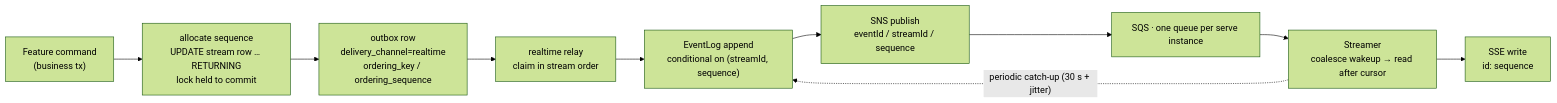
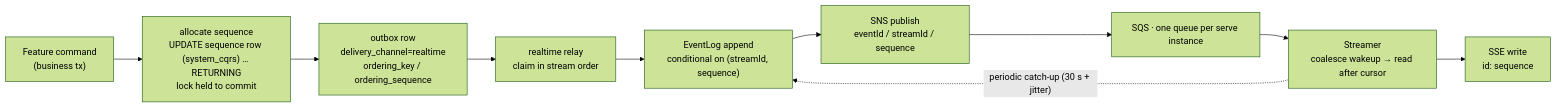
The first of 7 diagrams in docs/design/realtime-delivery.ja.md (Tomy-ch/go-boilerplate), drawn with Mermaid (forest theme) before and after one commit. The commit also changed other lines of this file and 9 other files, not shown here.

````diff
--- a/docs/design/realtime-delivery.ja.md
+++ b/docs/design/realtime-delivery.ja.md
@@ -50,14 +50,14 @@
 ```mermaid
 flowchart LR
   cmd["Feature command<br/>(business tx)"]
-  seq["allocate sequence<br/>UPDATE stream row … RETURNING<br/>lock held to commit"]
+  seq["allocate sequence<br/>UPDATE sequence row (system_cqrs) … RETURNING<br/>lock held to commit"]
   outbox["outbox row<br/>delivery_channel=realtime<br/>ordering_key / ordering_sequence"]
   relay["realtime relay<br/>claim in stream order"]
   log["EventLog append<br/>conditional on (streamId, sequence)"]
   sns["SNS publish<br/>eventId / streamId / sequence"]
   sqs["SQS · one queue per serve instance"]
   streamer["Streamer<br/>coalesce wakeup → read after cursor"]
   sse["SSE write<br/>id: sequence"]
   cmd --> seq --> outbox --> relay --> log --> sns --> sqs --> streamer --> sse
   streamer -. "periodic catch-up (30 s + jitter)" .-> log
 ```
````
